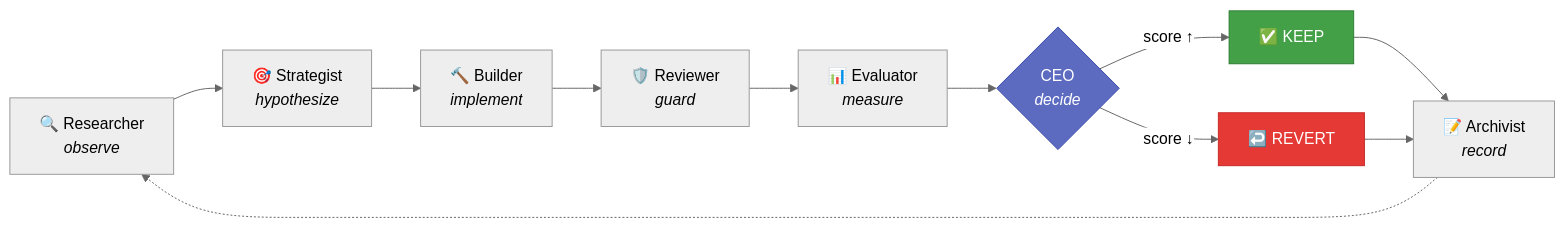
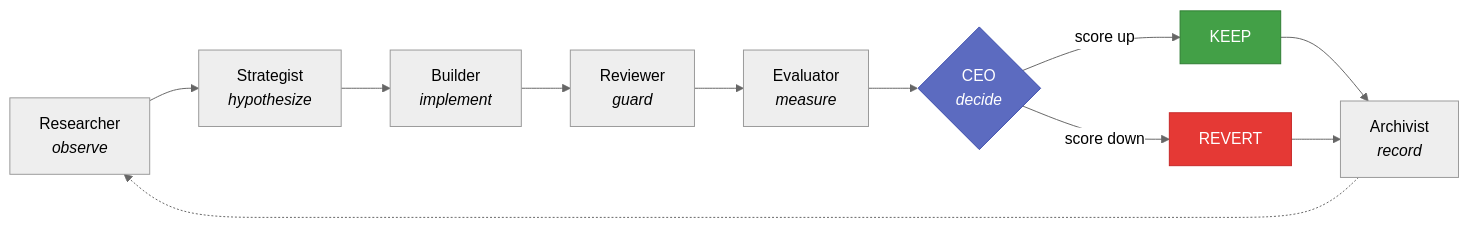
One commit to RobotSail/remote-factory changed the first of 4 diagrams in docs/index.md. Above: the diagram before and after it, drawn with Mermaid (neutral theme). The commit also changed other lines of this file, not shown here.

````diff
--- a/docs/index.md
+++ b/docs/index.md
@@ -39,17 +42,17 @@
 ```mermaid
 graph LR
-    A["🔍 Researcher<br><i>observe</i>"] --> B["🎯 Strategist<br><i>hypothesize</i>"]
-    B --> C["🔨 Builder<br><i>implement</i>"]
-    C --> RV["🛡️ Reviewer<br><i>guard</i>"]
-    RV --> D["📊 Evaluator<br><i>measure</i>"]
+    A["Researcher<br><i>observe</i>"] --> B["Strategist<br><i>hypothesize</i>"]
+    B --> C["Builder<br><i>implement</i>"]
+    C --> RV["Reviewer<br><i>guard</i>"]
+    RV --> D["Evaluator<br><i>measure</i>"]
     D --> E{"CEO<br><i>decide</i>"}
-    E -- "score ↑" --> F["✅ KEEP"]
-    E -- "score ↓" --> G["↩️ REVERT"]
-    F --> H["📝 Archivist<br><i>record</i>"]
+    E -- "score up" --> F["KEEP"]
+    E -- "score down" --> G["REVERT"]
+    F --> H["Archivist<br><i>record</i>"]
     G --> H
     H -.-> A
 
     style E fill:#5c6bc0,color:#fff,stroke:#3949ab
     style F fill:#43a047,color:#fff,stroke:#2e7d32
     style G fill:#e53935,color:#fff,stroke:#c62828
 ```
````
